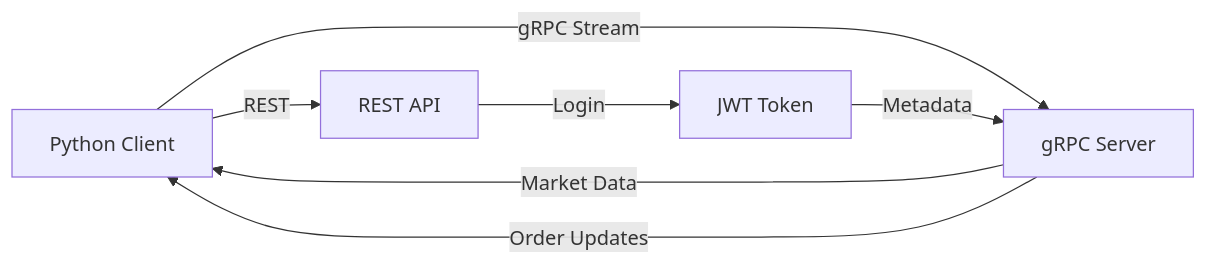
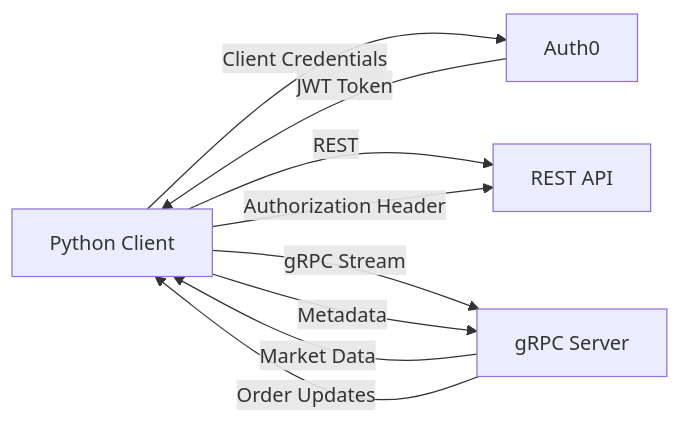
One commit to chrisr-a11y/docs changed the diagram in streaming-endpoints/grpc-overview.mdx. Above: the diagram before and after it, drawn with Mermaid. The commit also changed other lines of this file and 8 other files, not shown here.

````diff
--- a/streaming-endpoints/grpc-overview.mdx
+++ b/streaming-endpoints/grpc-overview.mdx
@@ -111,9 +111,11 @@
 ```mermaid
 graph LR
-    A[Python Client] -->|REST| B[REST API]
-    A -->|gRPC Stream| C[gRPC Server]
-    B -->|Login| D[JWT Token]
-    D -->|Metadata| C
-    C -->|Market Data| A
-    C -->|Order Updates| A
+    A[Python Client] -->|Client Credentials| B[Auth0]
+    A -->|REST| C[REST API]
+    A -->|gRPC Stream| D[gRPC Server]
+    B -->|JWT Token| A
+    A -->|Authorization Header| C
+    A -->|Metadata| D
+    D -->|Market Data| A
+    D -->|Order Updates| A
 ```
````
